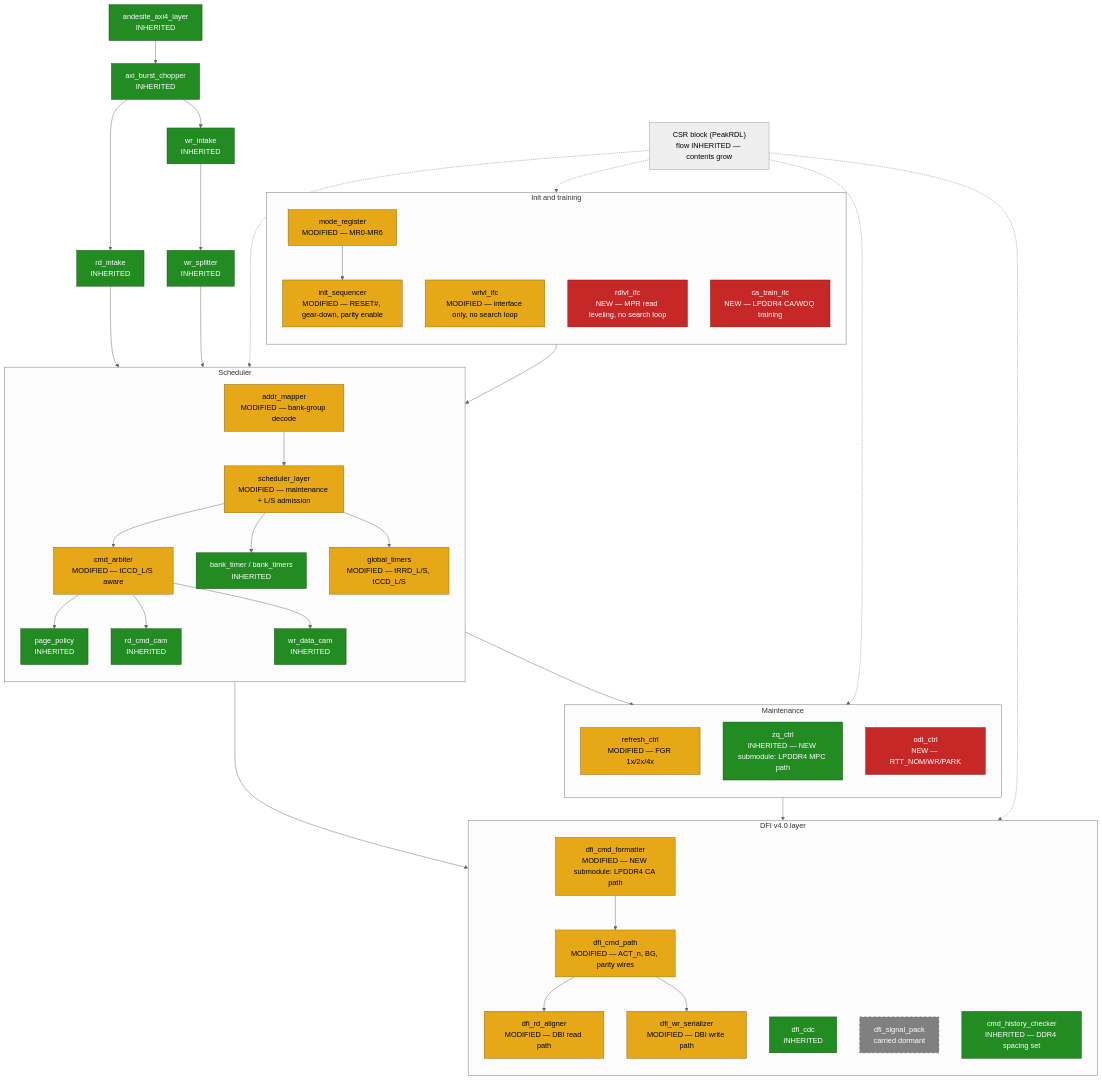
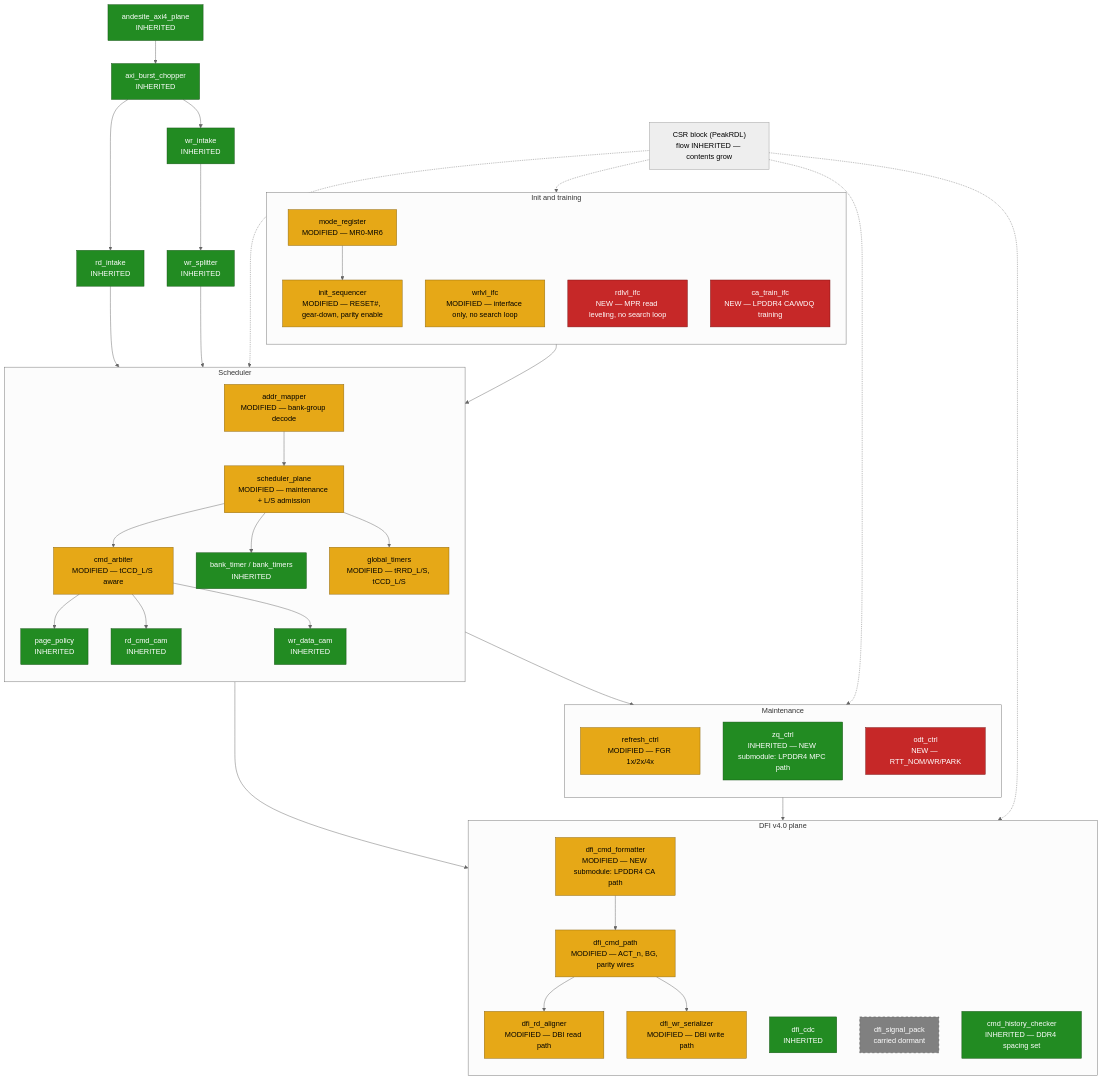
One commit to sean-galloway/RTLDesignSherpa changed the diagram in projects/components/mem-ctrl-ip/research-ip/andesite-ddr4-lpddr4/docs/andesite_has/assets/mermaid/01_block_diagram.mmd. Above: the diagram before and after it, drawn with Mermaid (neutral theme). The commit also changed 406 other files, not shown here.

First line of the commit message:
refactor(mem-ctrl): rename layer -> plane everywhere (owner terminology ruling)

```diff
--- a/projects/components/mem-ctrl-ip/research-ip/andesite-ddr4-lpddr4/docs/andesite_has/assets/mermaid/01_block_diagram.mmd
+++ b/projects/components/mem-ctrl-ip/research-ip/andesite-ddr4-lpddr4/docs/andesite_has/assets/mermaid/01_block_diagram.mmd
@@ -1,76 +1,76 @@
 flowchart TB
-    HOST_AXI["andesite_axi4_layer<br/>INHERITED"] --> HOST_CHOP["axi_burst_chopper<br/>INHERITED"]
+    HOST_AXI["andesite_axi4_plane<br/>INHERITED"] --> HOST_CHOP["axi_burst_chopper<br/>INHERITED"]
     HOST_CHOP --> HOST_RIN["rd_intake<br/>INHERITED"]
     HOST_CHOP --> HOST_WIN["wr_intake<br/>INHERITED"]
     HOST_WIN --> HOST_WSPLIT["wr_splitter<br/>INHERITED"]
     HOST_RIN --> SCHED
     HOST_WSPLIT --> SCHED
 
     subgraph SCHED["Scheduler"]
         direction TB
-        SCHED_CORE["scheduler_layer<br/>MODIFIED — maintenance + L/S admission"]
+        SCHED_CORE["scheduler_plane<br/>MODIFIED — maintenance + L/S admission"]
         SCHED_ARB["cmd_arbiter<br/>MODIFIED — tCCD_L/S aware"]
         SCHED_PP["page_policy<br/>INHERITED"]
         SCHED_RDCAM["rd_cmd_cam<br/>INHERITED"]
         SCHED_WRCAM["wr_data_cam<br/>INHERITED"]
         SCHED_BT["bank_timer / bank_timers<br/>INHERITED"]
         SCHED_GT["global_timers<br/>MODIFIED — tRRD_L/S, tCCD_L/S"]
         SCHED_AM["addr_mapper<br/>MODIFIED — bank-group decode"]
         SCHED_CORE --> SCHED_ARB
         SCHED_CORE --> SCHED_BT
         SCHED_CORE --> SCHED_GT
         SCHED_AM --> SCHED_CORE
         SCHED_ARB --> SCHED_PP
         SCHED_ARB --> SCHED_RDCAM
         SCHED_ARB --> SCHED_WRCAM
     end
 
     subgraph MAINT["Maintenance"]
         direction TB
         MAINT_REF["refresh_ctrl<br/>MODIFIED — FGR 1x/2x/4x"]
         MAINT_ZQ["zq_ctrl<br/>INHERITED — NEW submodule: LPDDR4 MPC path"]
         MAINT_ODT["odt_ctrl<br/>NEW — RTT_NOM/WR/PARK"]
     end
     SCHED --> MAINT
 
     subgraph INITTR["Init and training"]
         direction TB
         INIT_SEQ["init_sequencer<br/>MODIFIED — RESET#, gear-down, parity enable"]
         INIT_MR["mode_register<br/>MODIFIED — MR0-MR6"]
         INIT_WRLVL["wrlvl_ifc<br/>MODIFIED — interface only, no search loop"]
         INIT_RDLVL["rdlvl_ifc<br/>NEW — MPR read leveling, no search loop"]
         INIT_CA["ca_train_ifc<br/>NEW — LPDDR4 CA/WDQ training"]
     end
     INIT_SEQ --> SCHED
     INIT_MR --> INIT_SEQ
 
-    subgraph DFI["DFI v4.0 layer"]
+    subgraph DFI["DFI v4.0 plane"]
         direction TB
         DFI_PATH["dfi_cmd_path<br/>MODIFIED — ACT_n, BG, parity wires"]
         DFI_FMT["dfi_cmd_formatter<br/>MODIFIED — NEW submodule: LPDDR4 CA path"]
         DFI_RDA["dfi_rd_aligner<br/>MODIFIED — DBI read path"]
         DFI_WRS["dfi_wr_serializer<br/>MODIFIED — DBI write path"]
         DFI_CDC["dfi_cdc<br/>INHERITED"]
         DFI_PACK["dfi_signal_pack<br/>carried dormant"]
         DFI_HIST["cmd_history_checker<br/>INHERITED — DDR4 spacing set"]
     end
     SCHED --> DFI_FMT
     MAINT --> DFI_PATH
     DFI_FMT --> DFI_PATH
     DFI_PATH --> DFI_RDA
     DFI_PATH --> DFI_WRS
 
     CSR["CSR block (PeakRDL)<br/>flow INHERITED — contents grow"] -.-> SCHED
     CSR -.-> MAINT
     CSR -.-> INITTR
     CSR -.-> DFI
 
     classDef inh fill:#228B22,color:#FFFFFF,stroke:#145214;
     classDef mod fill:#E6A817,color:#000000,stroke:#8a650f;
     classDef new fill:#C62828,color:#FFFFFF,stroke:#7a1414;
     classDef dorm fill:#808080,color:#FFFFFF,stroke:#4d4d4d,stroke-dasharray:5 5;
 
     class HOST_AXI,HOST_CHOP,HOST_RIN,HOST_WIN,HOST_WSPLIT,SCHED_PP,SCHED_RDCAM,SCHED_WRCAM,SCHED_BT,DFI_CDC,DFI_HIST,MAINT_ZQ inh;
     class SCHED_CORE,SCHED_ARB,SCHED_GT,SCHED_AM,MAINT_REF,INIT_SEQ,INIT_MR,INIT_WRLVL,DFI_PATH,DFI_FMT,DFI_RDA,DFI_WRS mod;
     class MAINT_ODT,INIT_RDLVL,INIT_CA new;
     class DFI_PACK dorm;
```
